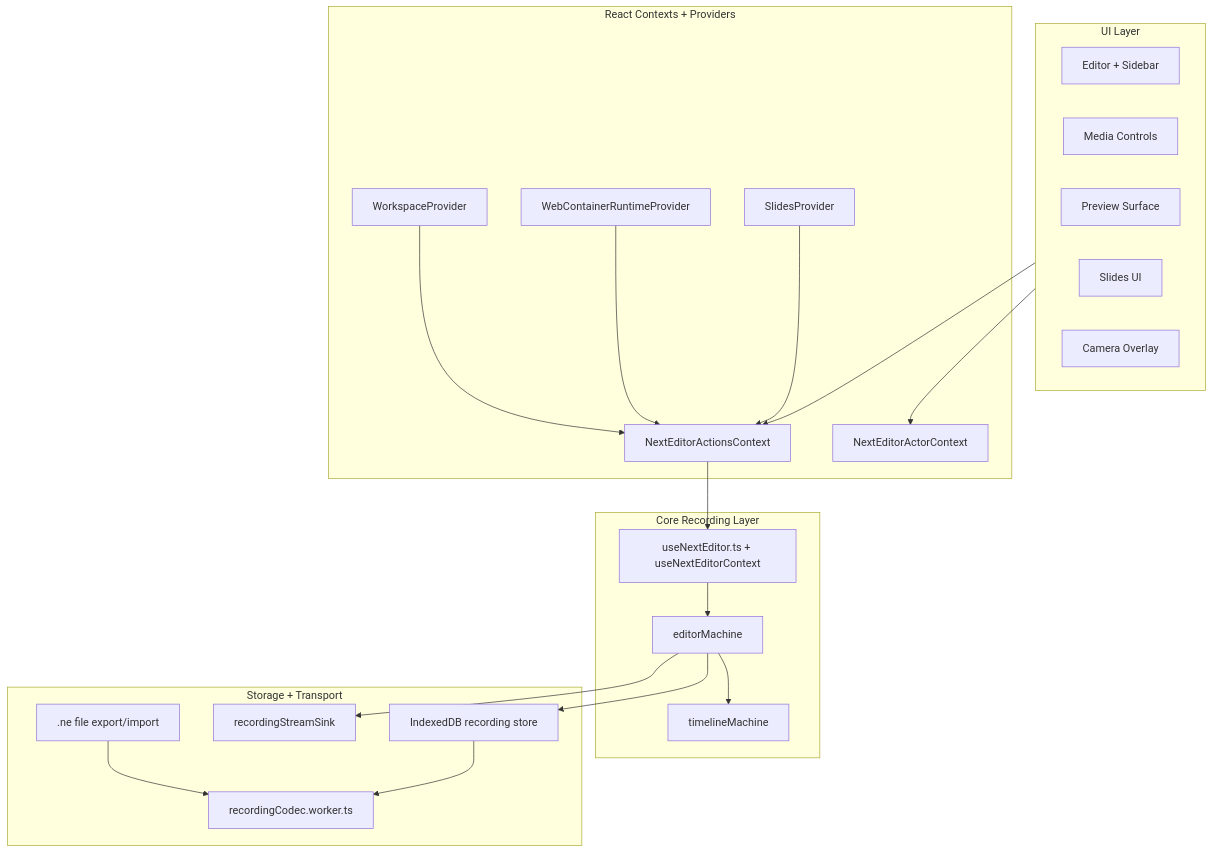
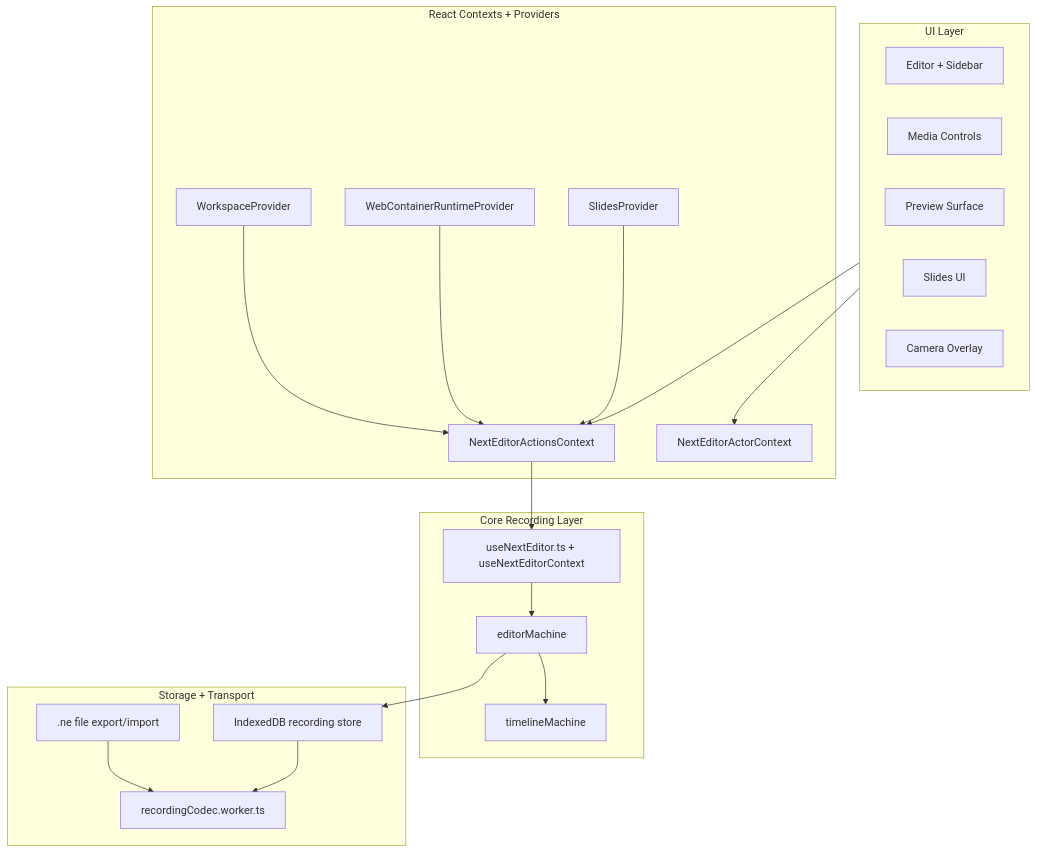
One commit to channyeintun/next-editor changed the first of 6 diagrams in docs/data-flow.md. Above: the diagram before and after it, drawn with Mermaid. The commit also changed other lines of this file and 25 other files, not shown here.

````diff
--- a/docs/data-flow.md
+++ b/docs/data-flow.md
@@ -7,44 +7,42 @@
 ```mermaid
 flowchart TB
     subgraph UI["UI Layer"]
         Editor[Editor + Sidebar]
         Controls[Media Controls]
         Preview[Preview Surface]
         Slides[Slides UI]
         Camera[Camera Overlay]
     end
 
     subgraph Contexts["React Contexts + Providers"]
         Actions[NextEditorActionsContext]
         Actor[NextEditorActorContext]
         Workspace[WorkspaceProvider]
         Runtime[WebContainerRuntimeProvider]
         SlidesCtx[SlidesProvider]
     end
 
     subgraph Core["Core Recording Layer"]
         Hook[useNextEditor.ts + useNextEditorContext]
         Machine[editorMachine]
         Timeline[timelineMachine]
     end
 
     subgraph Persistence["Storage + Transport"]
         IndexedDB[IndexedDB recording store]
         Codec[recordingCodec.worker.ts]
-        Stream[recordingStreamSink]
         Export[.ne file export/import]
     end
 
     UI --> Actions
     UI --> Actor
     Workspace --> Actions
     Runtime --> Actions
     SlidesCtx --> Actions
     Actions --> Hook
     Hook --> Machine
     Machine --> Timeline
     Machine --> IndexedDB
-    Machine --> Stream
     Export --> Codec
     IndexedDB --> Codec
 ```
````
